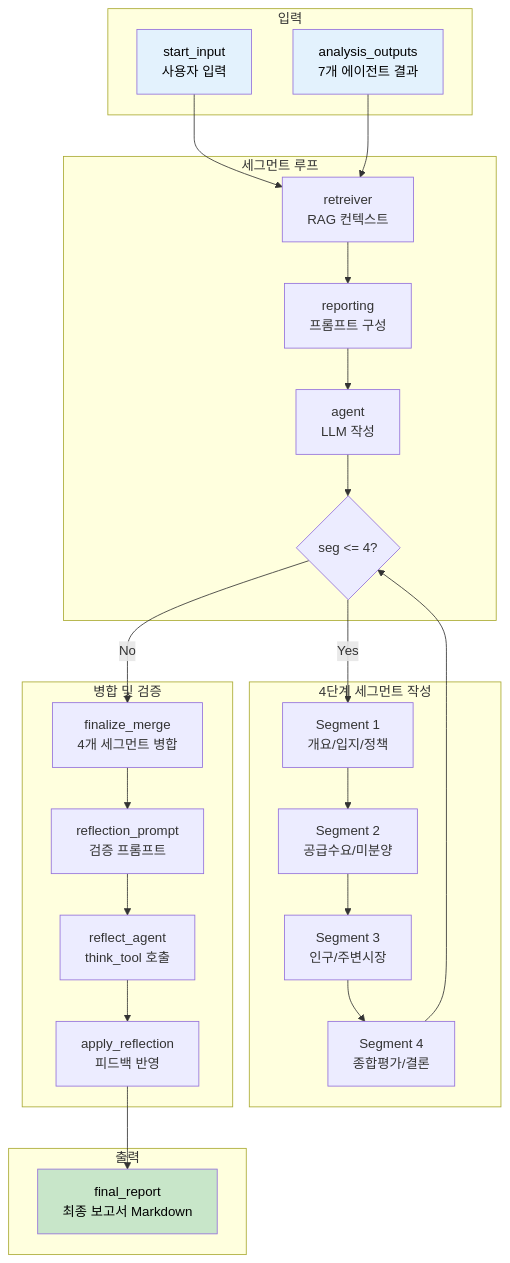
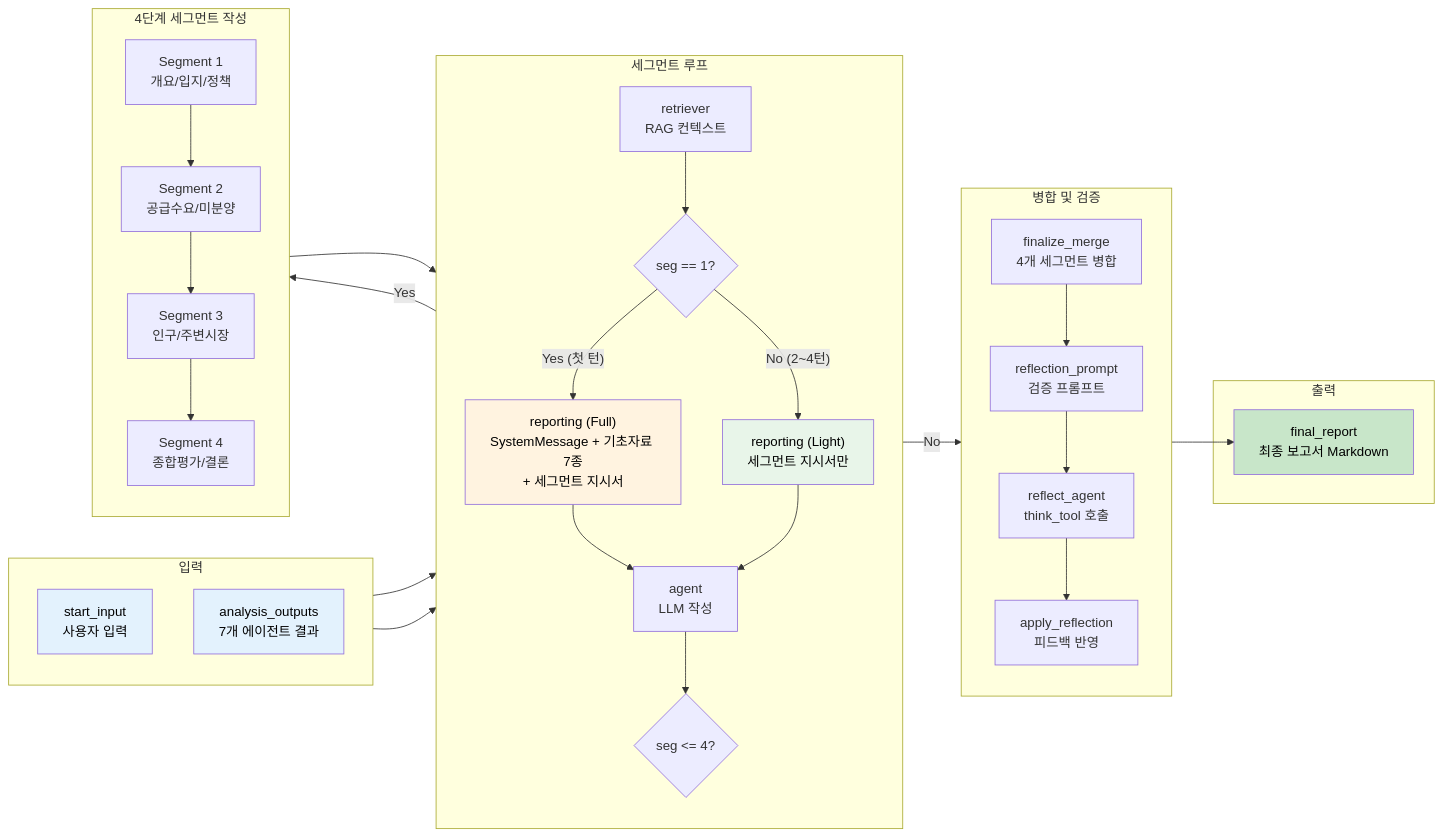
Before and after one commit to immortal0900/ALL_FOR_ONE: diagram 13 of 21 in docs/API_FLOW.md, drawn with Mermaid. The commit also changed 1 other file, not shown here.

Commit message:
refactor: API fow jungminjae mermaid

````diff
--- a/docs/API_FLOW.md
+++ b/docs/API_FLOW.md
@@ -744,41 +744,52 @@
 ```mermaid
-flowchart TB
+flowchart LR
     subgraph Input["입력"]
+        direction TB
         I1[start_input<br/>사용자 입력]
         I2[analysis_outputs<br/>7개 에이전트 결과]
     end
-    
+
+    subgraph Loop["세그먼트 루프"]
+        direction TB
+        L1[retriever<br/>RAG 컨텍스트]
+        L2{seg == 1?}
+        L2a["reporting (Full)<br/>SystemMessage + 기초자료 7종<br/>+ 세그먼트 지시서"]
+        L2b["reporting (Light)<br/>세그먼트 지시서만"]
+        L3[agent<br/>LLM 작성]
+        L4{seg <= 4?}
+    end
+
     subgraph Segments["4단계 세그먼트 작성"]
+        direction TB
         S1[Segment 1<br/>개요/입지/정책]
         S2[Segment 2<br/>공급수요/미분양]
         S3[Segment 3<br/>인구/주변시장]
         S4[Segment 4<br/>종합평가/결론]
     end
-    
-    subgraph Loop["세그먼트 루프"]
-        L1[retreiver<br/>RAG 컨텍스트]
-        L2[reporting<br/>프롬프트 구성]
-        L3[agent<br/>LLM 작성]
-        L4{seg <= 4?}
-    end
-    
+
     subgraph Merge["병합 및 검증"]
+        direction TB
         M1[finalize_merge<br/>4개 세그먼트 병합]
         M2[reflection_prompt<br/>검증 프롬프트]
         M3[reflect_agent<br/>think_tool 호출]
         M4[apply_reflection<br/>피드백 반영]
     end
-    
+
     subgraph Output["출력"]
         O1[final_report<br/>최종 보고서 Markdown]
     end
-    
-    I1 & I2 --> L1 --> L2 --> L3 --> L4
+
+    I1 & I2 --> L1 --> L2
+    L2 -->|"Yes (첫 턴)"| L2a --> L3
+    L2 -->|"No (2~4턴)"| L2b --> L3
+    L3 --> L4
     L4 -->|Yes| S1 --> S2 --> S3 --> S4
     S4 --> L4
     L4 -->|No| M1 --> M2 --> M3 --> M4 --> O1
-    
+
     style I1 fill:#e3f2fd,color:#000
     style I2 fill:#e3f2fd,color:#000
+    style L2a fill:#fff3e0,color:#000
+    style L2b fill:#e8f5e9,color:#000
     style O1 fill:#c8e6c9,color:#000
 ```
````
